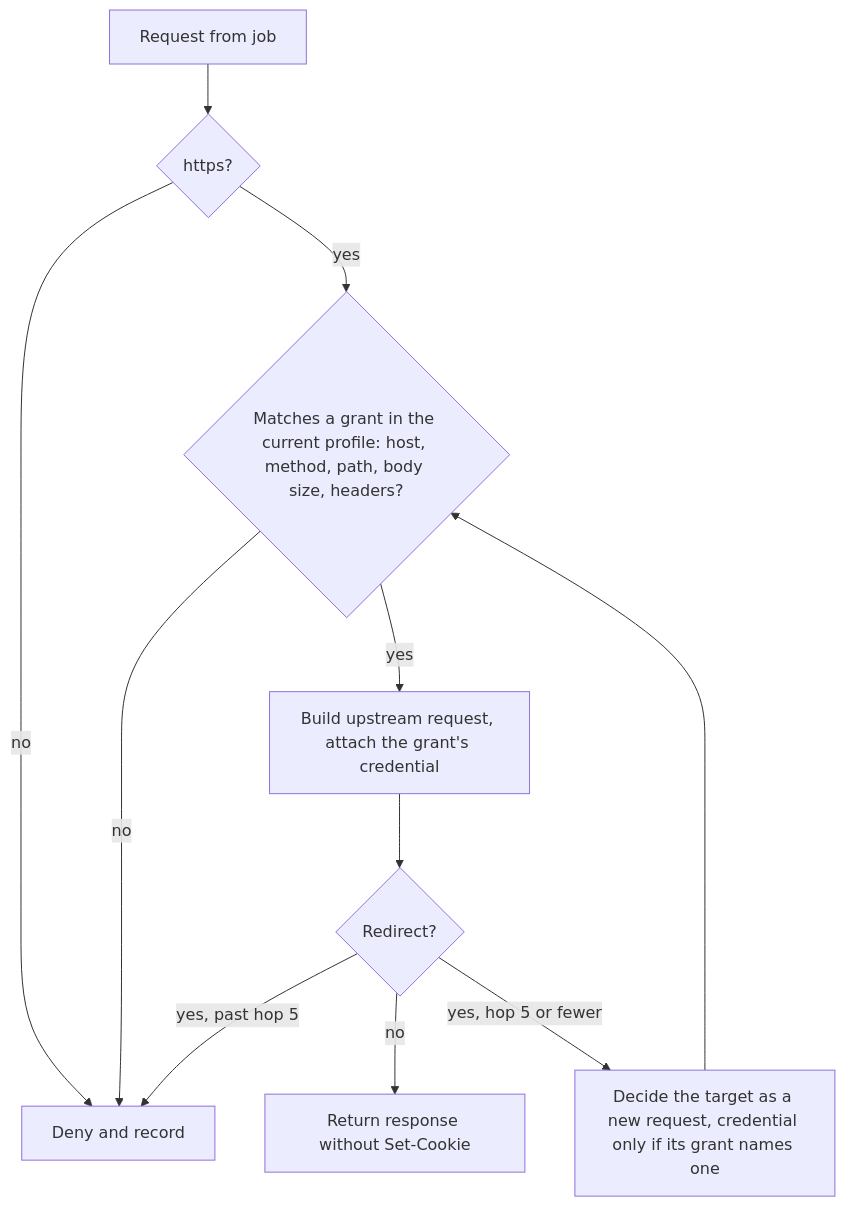
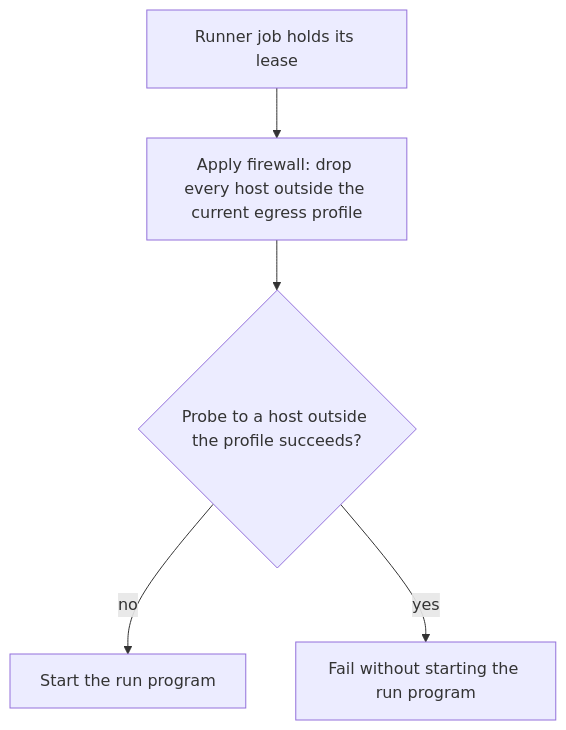
Before and after one commit to fractalboxdev/flare-dispatch: the diagram in specs/isolation-egress.md, drawn with Mermaid. The commit also changed other lines of this file and 45 other files, not shown here.

````diff
--- a/specs/isolation-egress.md
+++ b/specs/isolation-egress.md
@@ -106,20 +26,12 @@
 ```mermaid
 flowchart TD
-  accTitle: Egress proxy decision for one request
-  req[Request from job] --> scheme{https?}
-  scheme -->|no| deny[Deny and record]
-  scheme -->|yes| grant{"Matches a grant in the current profile: host, method, path, body size, headers?"}
-  grant -->|no| deny
-  grant -->|yes| send[Build upstream request, attach the grant's credential]
-  send --> resp{Redirect?}
-  resp -->|no| ok[Return response without Set-Cookie]
-  resp -->|yes, hop 5 or fewer| again[Decide the target as a new request, credential only if its grant names one]
-  again --> grant
-  resp -->|yes, past hop 5| deny
-  class req accent
-  class scheme warn
-  class grant warn
-  class resp warn
-  class deny danger
-  class ok ok
+  accTitle: Egress set-up of a GitHub Actions runner job
+  start[Runner job holds its lease] --> fw["Apply firewall: drop every host outside the current egress profile"]
+  fw --> probe{Probe to a host outside the profile succeeds?}
+  probe -->|no| run[Start the run program]
+  probe -->|yes| stop[Fail without starting the run program]
+  class start accent
+  class probe warn
+  class run ok
+  class stop danger
 ```
````
